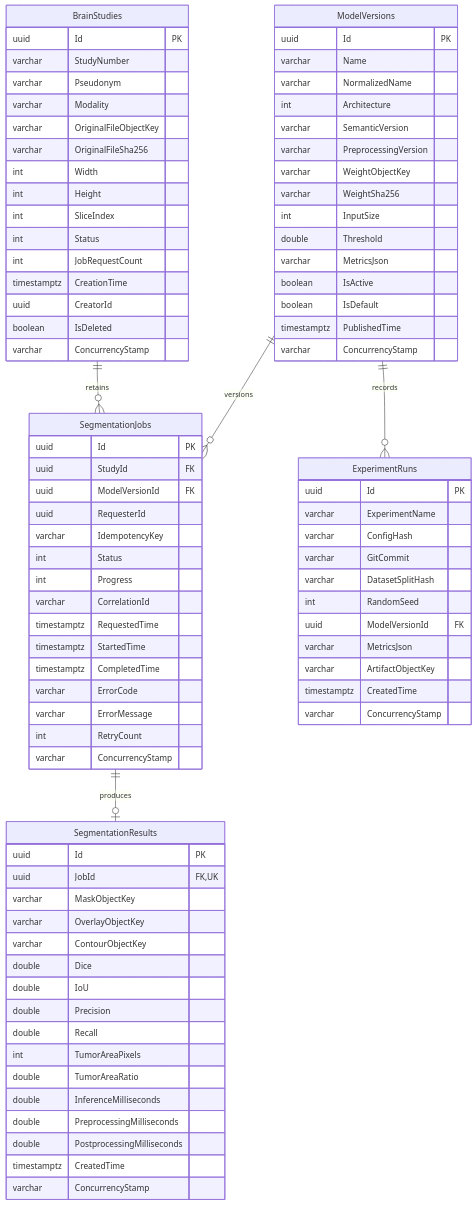
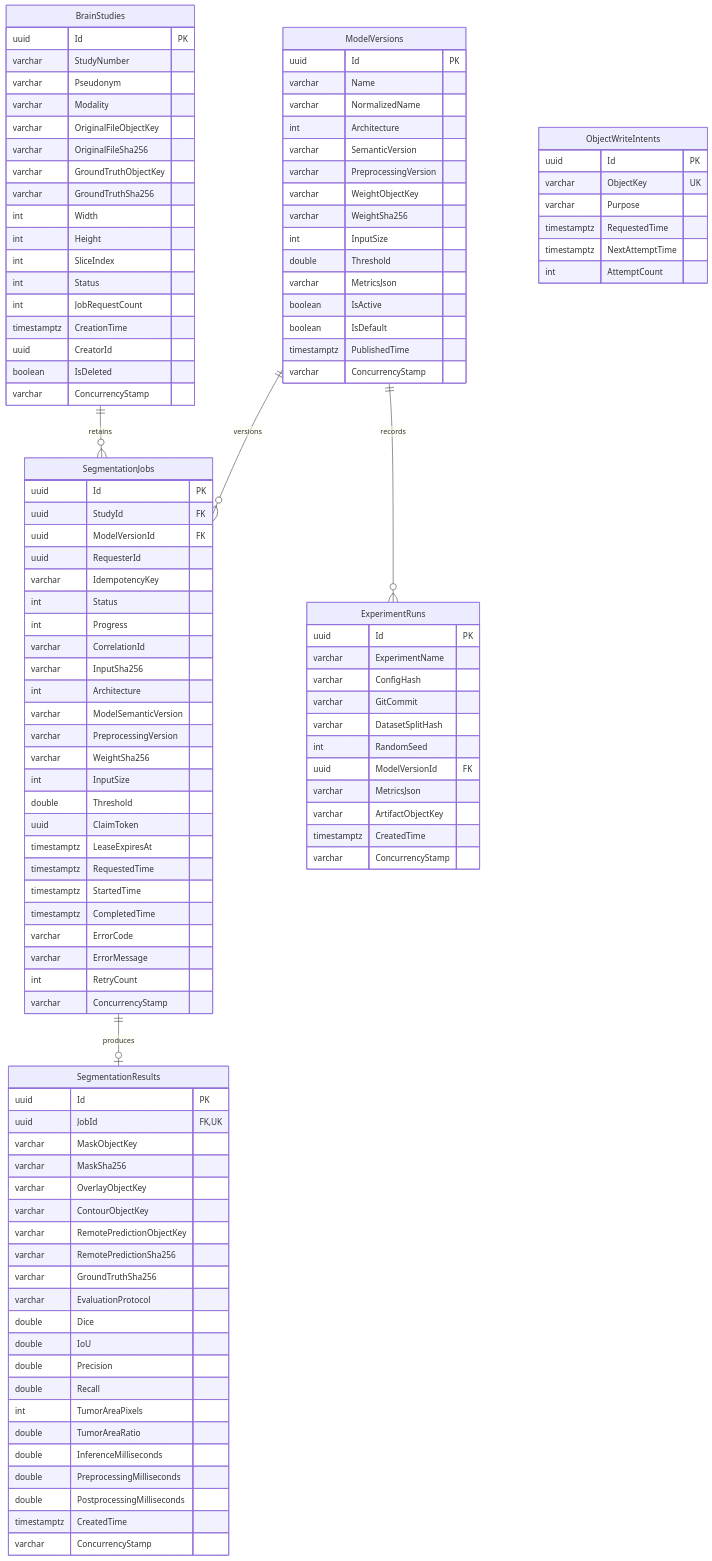
The second of 4 diagrams in docs/api/research-domain.md (YU-06/system), drawn with Mermaid before and after one commit. The commit also changed other lines of this file and 56 other files, not shown here.

```diff
--- a/docs/api/research-domain.md
+++ b/docs/api/research-domain.md
@@ -125,6 +144,14 @@
   ModelVersions ||--o{ SegmentationJobs : versions
   SegmentationJobs ||--o| SegmentationResults : produces
   ModelVersions ||--o{ ExperimentRuns : records
+  ObjectWriteIntents {
+    uuid Id PK
+    varchar ObjectKey UK
+    varchar Purpose
+    timestamptz RequestedTime
+    timestamptz NextAttemptTime
+    int AttemptCount
+  }
   BrainStudies {
     uuid Id PK
     varchar StudyNumber
@@ -132,6 +159,8 @@
     varchar Modality
     varchar OriginalFileObjectKey
     varchar OriginalFileSha256
+    varchar GroundTruthObjectKey
+    varchar GroundTruthSha256
     int Width
     int Height
     int SliceIndex
@@ -151,6 +180,15 @@
     int Status
     int Progress
     varchar CorrelationId
+    varchar InputSha256
+    int Architecture
+    varchar ModelSemanticVersion
+    varchar PreprocessingVersion
+    varchar WeightSha256
+    int InputSize
+    double Threshold
+    uuid ClaimToken
+    timestamptz LeaseExpiresAt
     timestamptz RequestedTime
     timestamptz StartedTime
     timestamptz CompletedTime
@@ -180,8 +218,13 @@
     uuid Id PK
     uuid JobId FK, UK
     varchar MaskObjectKey
+    varchar MaskSha256
     varchar OverlayObjectKey
     varchar ContourObjectKey
+    varchar RemotePredictionObjectKey
+    varchar RemotePredictionSha256
+    varchar GroundTruthSha256
+    varchar EvaluationProtocol
     double Dice
     double IoU
     double Precision
```
